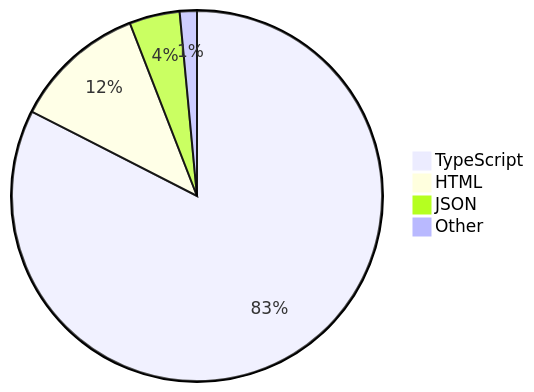
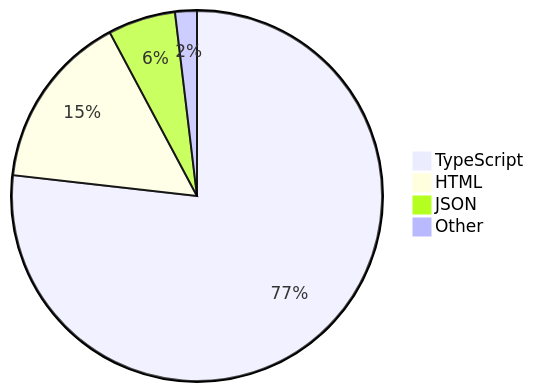
The diagram in README.md (skvggor/skvggor), drawn with Mermaid before and after one commit.

Commit message:
Updated waka-readme graph with new metrics

````diff
--- a/README.md
+++ b/README.md
@@ -28,7 +28,7 @@
 ```mermaid
 pie
-    "TypeScript" : 82.6
-    "HTML" : 11.6
-    "JSON" : 4.4
-    "Other" : 1.5
+    "TypeScript" : 76.8
+    "HTML" : 15.4
+    "JSON" : 5.9
+    "Other" : 1.9
 ```
````
